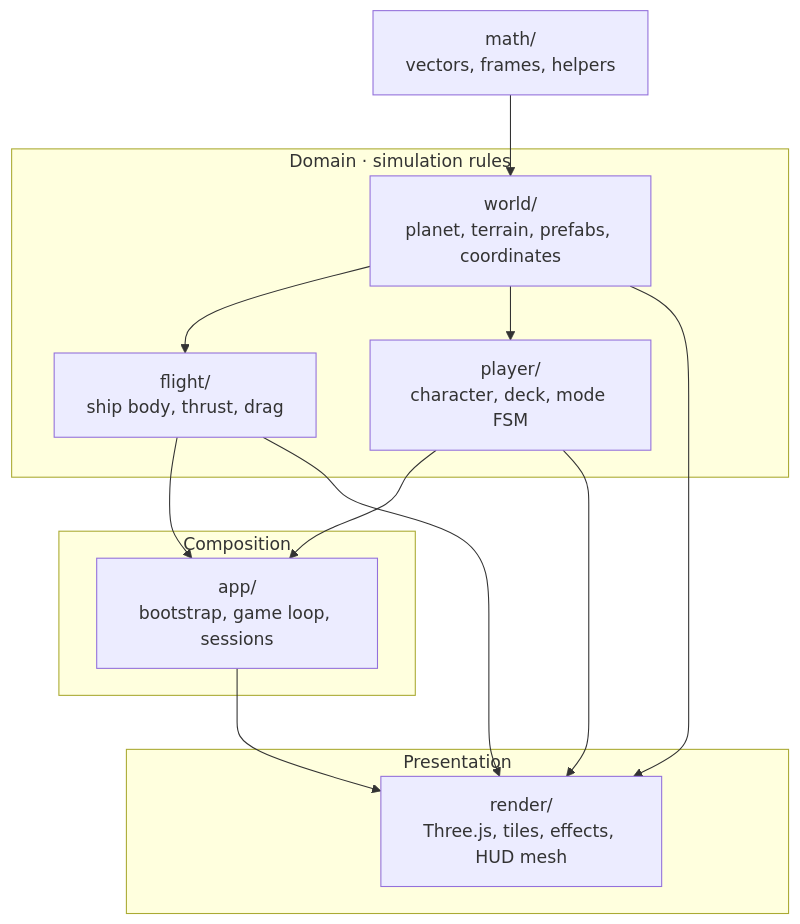
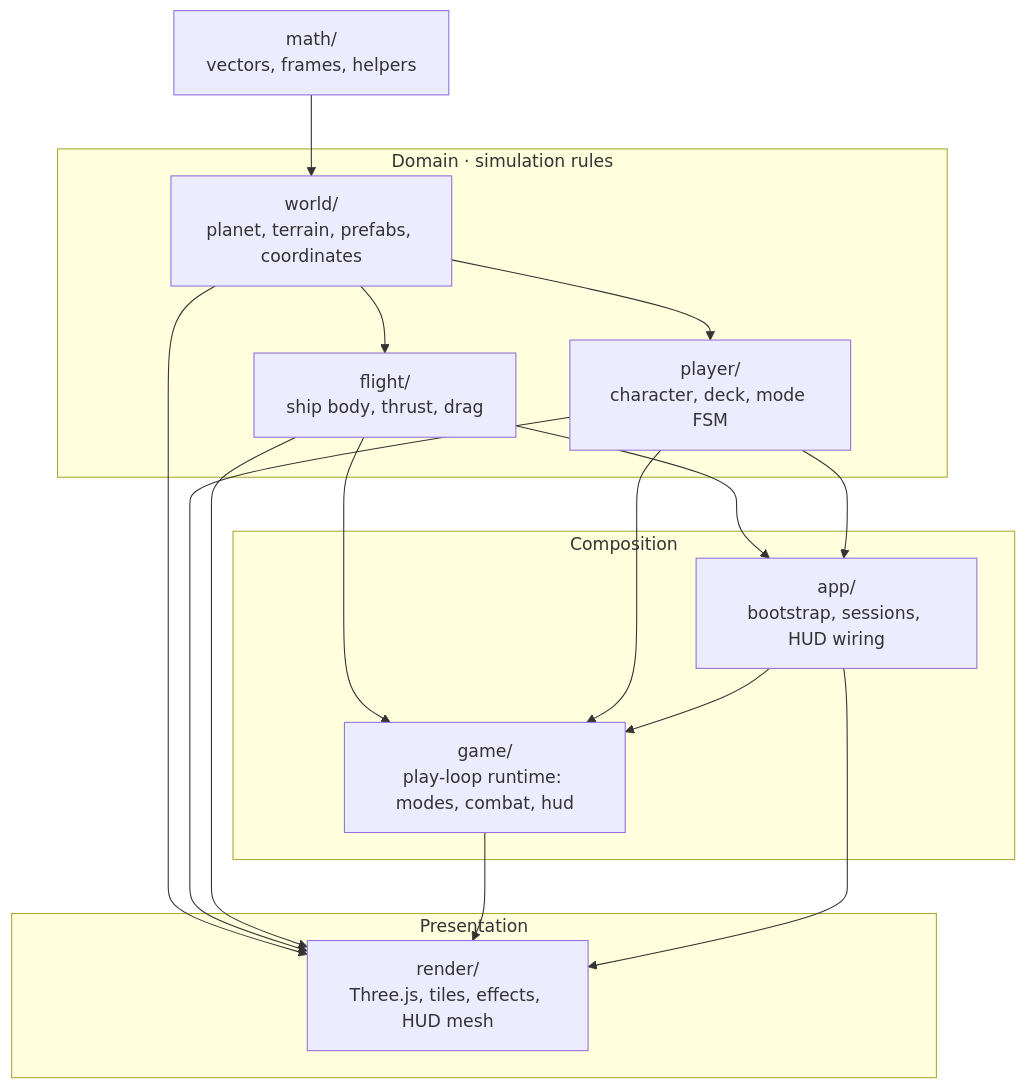
The first of 5 diagrams in docs/docs/engineering/domain-design.md (AlanGreyjoy/claudecitizen), drawn with Mermaid before and after one commit. The commit also changed other lines of this file and 32 other files, not shown here.

First line of the commit message:
Refactor game loop architecture and update related modules

````diff
--- a/docs/docs/engineering/domain-design.md
+++ b/docs/docs/engineering/domain-design.md
@@ -22,28 +22,33 @@
 ```mermaid
 flowchart TB
   subgraph domain ["Domain · simulation rules"]
     World["world/<br/>planet, terrain, prefabs, coordinates"]
     Flight["flight/<br/>ship body, thrust, drag"]
     Player["player/<br/>character, deck, mode FSM"]
   end
 
   subgraph presentation ["Presentation"]
     Render["render/<br/>Three.js, tiles, effects, HUD mesh"]
   end
 
   subgraph composition ["Composition"]
-    App["app/<br/>bootstrap, game loop, sessions"]
+    App["app/<br/>bootstrap, sessions, HUD wiring"]
+    Game["game/<br/>play-loop runtime: modes, combat, hud"]
   end
 
   Math["math/<br/>vectors, frames, helpers"]
 
   Math --> World
   World --> Flight
   World --> Player
   Flight --> App
   Player --> App
+  Flight --> Game
+  Player --> Game
+  App --> Game
   World --> Render
   Player --> Render
   Flight --> Render
+  Game --> Render
   App --> Render
 ```
````
